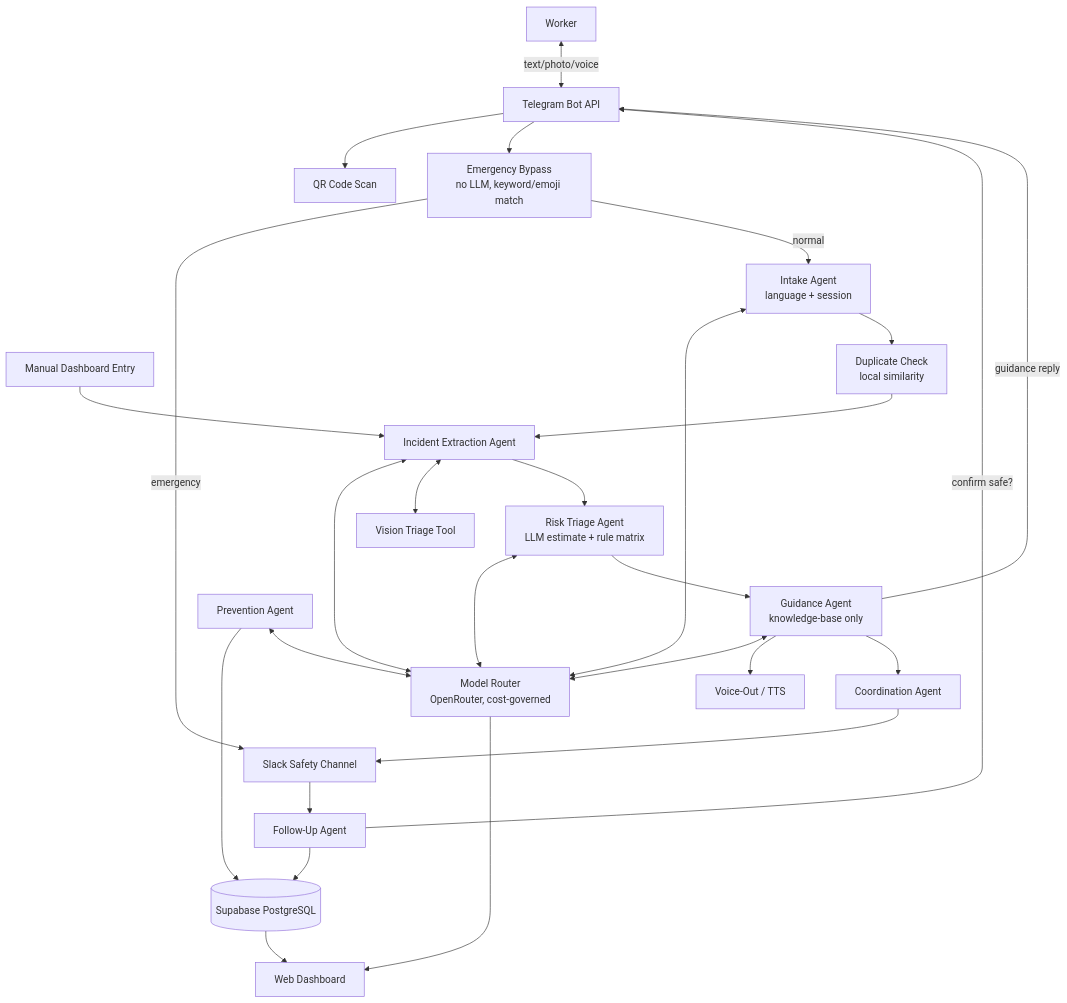
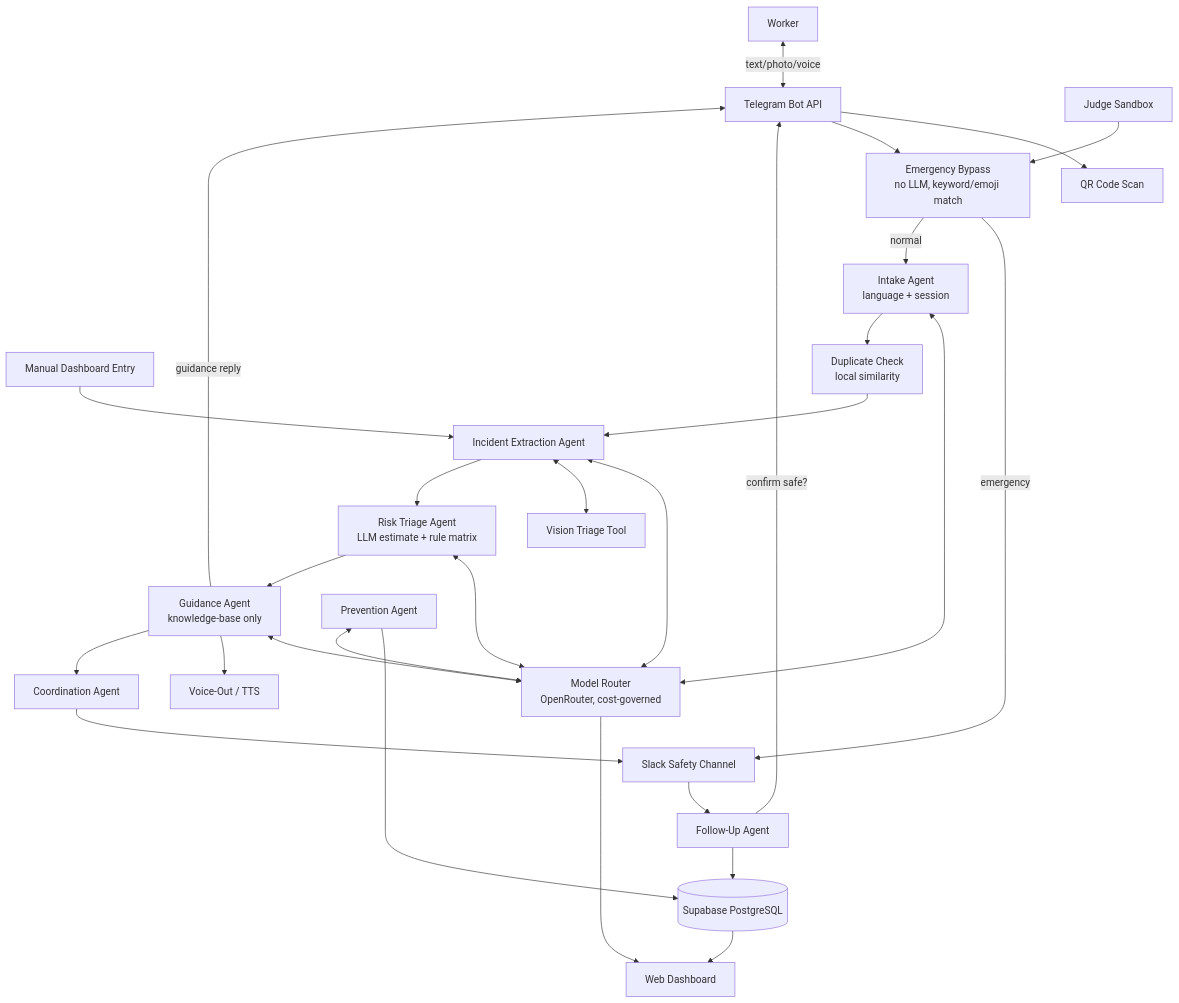
Before and after one commit to divejikan-yuvarajah/agent-kernel-sentinelloop: the diagram in use-cases/sentinelloop-ai/README.md, drawn with Mermaid. The commit also changed other lines of this file, not shown here.

````diff
--- a/use-cases/sentinelloop-ai/README.md
+++ b/use-cases/sentinelloop-ai/README.md
@@ -127,49 +127,51 @@
 ```mermaid
 flowchart TD
     U[Worker]
     TG[Telegram Bot API]
     QR[QR Code Scan]
+    SB[Judge Sandbox]
     MAN[Manual Dashboard Entry]
     EB[Emergency Bypass\nno LLM, keyword/emoji match]
     IN[Intake Agent\nlanguage + session]
     DUP[Duplicate Check\nlocal similarity]
     IE[Incident Extraction Agent]
     RA[Risk Triage Agent\nLLM estimate + rule matrix]
     GA[Guidance Agent\nknowledge-base only]
     VOUT[Voice-Out / TTS]
     CA[Coordination Agent]
     SLACK[Slack Safety Channel]
     FU[Follow-Up Agent]
     PA[Prevention Agent]
     VIS[Vision Triage Tool]
     ROUTER[Model Router\nOpenRouter, cost-governed]
     DB[(Supabase PostgreSQL)]
     DASH[Web Dashboard]
 
     U <-->|text/photo/voice| TG
     TG --> QR
     TG --> EB
+    SB --> EB
     MAN --> IE
     EB -->|emergency| SLACK
     EB -->|normal| IN
     IN <--> ROUTER
     IN --> DUP
     DUP --> IE
     IE <--> ROUTER
     IE <--> VIS
     IE --> RA
     RA <--> ROUTER
     RA --> GA
     GA <--> ROUTER
     GA --> VOUT
     GA -->|guidance reply| TG
     GA --> CA
     CA --> SLACK
     SLACK --> FU
     FU -->|confirm safe?| TG
     FU --> DB
     PA --> DB
     PA <--> ROUTER
     DB --> DASH
     ROUTER --> DASH
 ```
````
